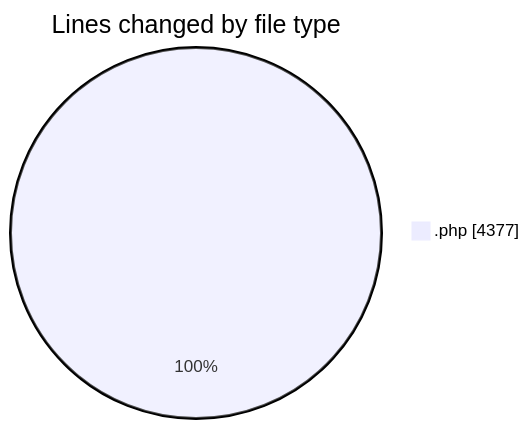
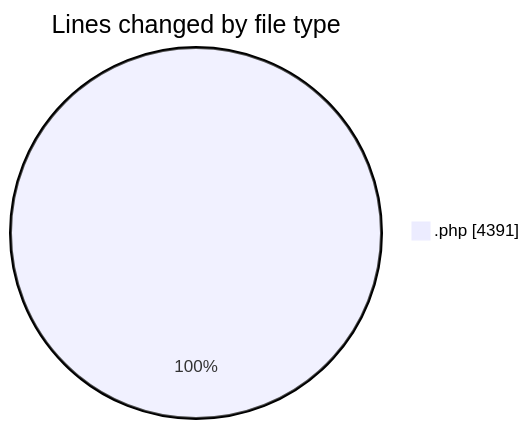
The first of 2 diagrams in 2026-08-05/untitled__workspace_/README.md (debugP/code-tracking), drawn with Mermaid before and after one commit. The commit also changed other lines of this file and 1 other file, not shown here.

````diff
--- a/2026-08-05/untitled__workspace_/README.md
+++ b/2026-08-05/untitled__workspace_/README.md
@@ -22,5 +22,5 @@
 ```mermaid
 pie showData
 title Lines changed by file type
-".php" : 4377
+".php" : 4391
 ```
````
